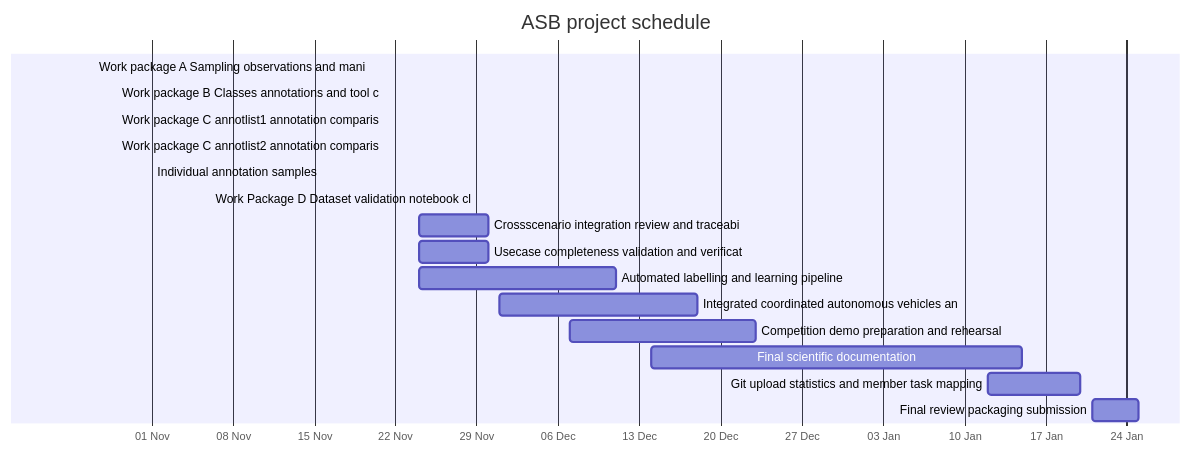
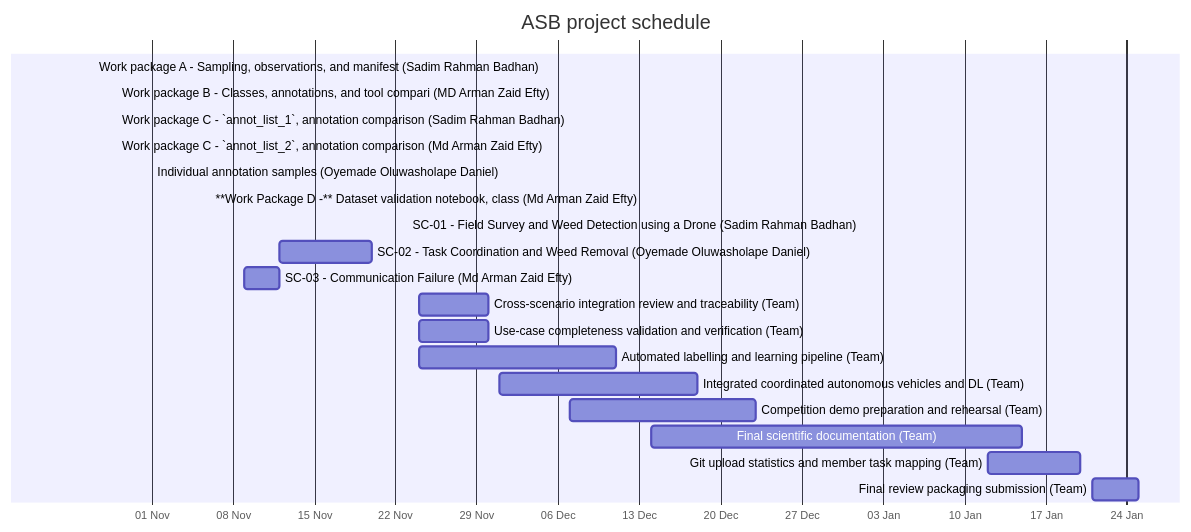
Before and after one commit to SamRB-dev/PrecisionFarming: the diagram in documentation/project_management/GANTT.md, drawn with Mermaid. The commit also changed other lines of this file, not shown here.

Commit message:
chore: refresh project Gantt

````diff
--- a/documentation/project_management/GANTT.md
+++ b/documentation/project_management/GANTT.md
@@ -26,21 +29,24 @@
 ```mermaid
 gantt
     title ASB project schedule
     dateFormat YYYY-MM-DD
     axisFormat %d %b
-    Work package A Sampling observations and mani :done, 2026-10-27, 2026-10-27
-    Work package B Classes annotations and tool c :done, 2026-10-29, 2026-10-29
-    Work package C annotlist1 annotation comparis :done, 2026-10-29, 2026-10-29
-    Work package C annotlist2 annotation comparis :done, 2026-10-29, 2026-10-29
-    Individual annotation samples :done, 2026-11-01, 2026-11-01
-    Work Package D Dataset validation notebook cl :done, 2026-11-06, 2026-11-06
-    Crossscenario integration review and traceabi : 2026-11-24, 2026-11-30
-    Usecase completeness validation and verificat : 2026-11-24, 2026-11-30
-    Automated labelling and learning pipeline : 2026-11-24, 2026-12-11
-    Integrated coordinated autonomous vehicles an : 2026-12-01, 2026-12-18
-    Competition demo preparation and rehearsal : 2026-12-07, 2026-12-23
-    Final scientific documentation : 2026-12-14, 2027-01-15
-    Git upload statistics and member task mapping : 2027-01-12, 2027-01-20
-    Final review packaging submission : 2027-01-21, 2027-01-25
+    Work package A - Sampling, observations, and manifest (Sadim Rahman Badhan) :done, 2026-10-27, 2026-10-27
+    Work package B - Classes, annotations, and tool compari (MD Arman Zaid Efty) :done, 2026-10-29, 2026-10-29
+    Work package C - `annot_list_1`, annotation comparison  (Sadim Rahman Badhan) :done, 2026-10-29, 2026-10-29
+    Work package C - `annot_list_2`, annotation comparison  (Md Arman Zaid Efty) :done, 2026-10-29, 2026-10-29
+    Individual annotation samples (Oyemade Oluwasholape Daniel) :done, 2026-11-01, 2026-11-01
+    **Work Package D -** Dataset validation notebook, class (Md Arman Zaid Efty) :done, 2026-11-06, 2026-11-06
+    SC-01 - Field Survey and Weed Detection using a Drone (Sadim Rahman Badhan) :2026-11-23, 2026-11-23
+    SC-02 - Task Coordination and Weed Removal (Oyemade Oluwasholape Daniel) :2026-11-12, 2026-11-20
+    SC-03 - Communication Failure (Md Arman Zaid Efty) :2026-11-09, 2026-11-12
+    Cross-scenario integration review and traceability (Team) :2026-11-24, 2026-11-30
+    Use-case completeness validation and verification (Team) :2026-11-24, 2026-11-30
+    Automated labelling and learning pipeline (Team) :2026-11-24, 2026-12-11
+    Integrated coordinated autonomous vehicles and DL (Team) :2026-12-01, 2026-12-18
+    Competition demo preparation and rehearsal (Team) :2026-12-07, 2026-12-23
+    Final scientific documentation (Team) :2026-12-14, 2027-01-15
+    Git upload statistics and member task mapping (Team) :2027-01-12, 2027-01-20
+    Final review packaging submission (Team) :2027-01-21, 2027-01-25
 
 ```
````
